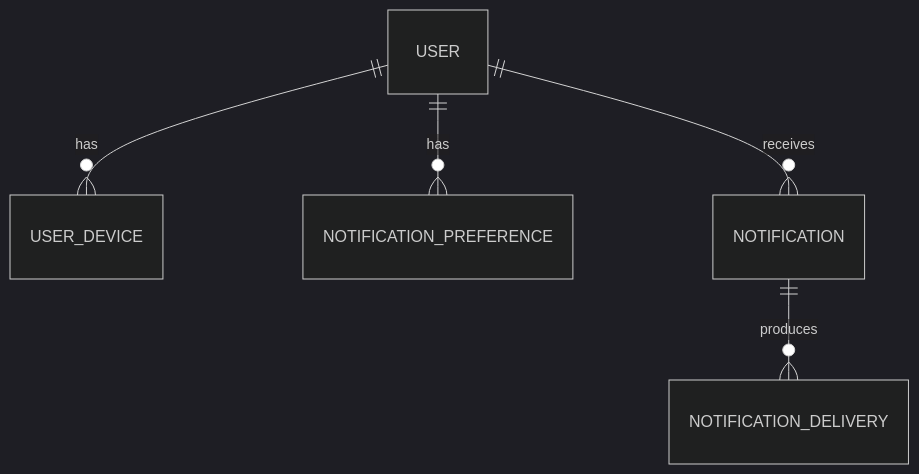
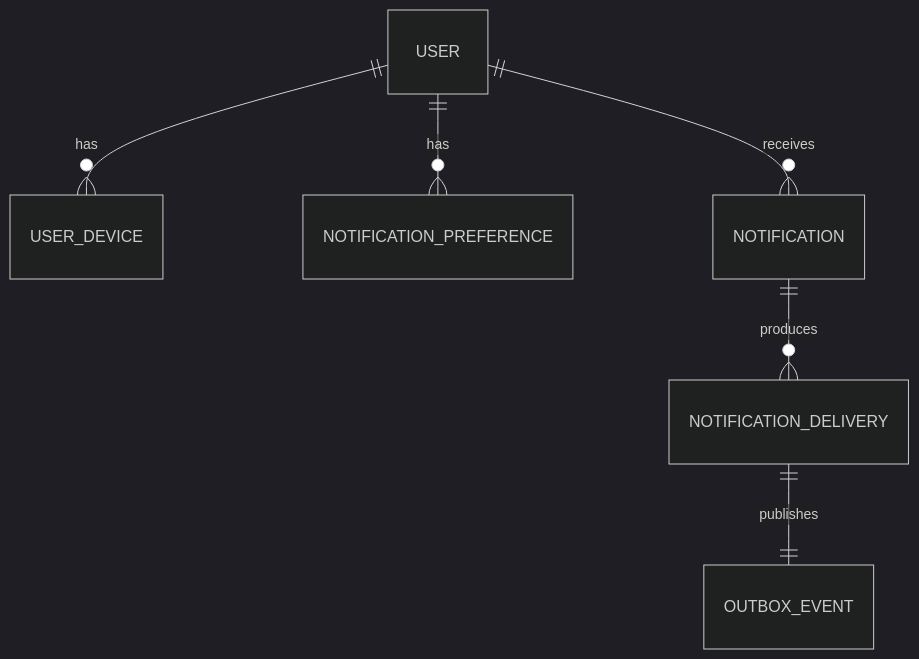
One commit to Backend-System-Design-Lab/02-Notification-System changed the second of 2 diagrams in docs/03-architecture.md. Above: the diagram before and after it, drawn with Mermaid (dark theme). The commit also changed other lines of this file and 5 other files, not shown here.

````diff
--- a/docs/03-architecture.md
+++ b/docs/03-architecture.md
@@ -114,7 +165,8 @@
 ```mermaid
 erDiagram
     USER ||--o{ USER_DEVICE : has
     USER ||--o{ NOTIFICATION_PREFERENCE : has
     USER ||--o{ NOTIFICATION : receives
     NOTIFICATION ||--o{ NOTIFICATION_DELIVERY : produces
+    NOTIFICATION_DELIVERY ||--|| OUTBOX_EVENT : publishes
 ```
````
